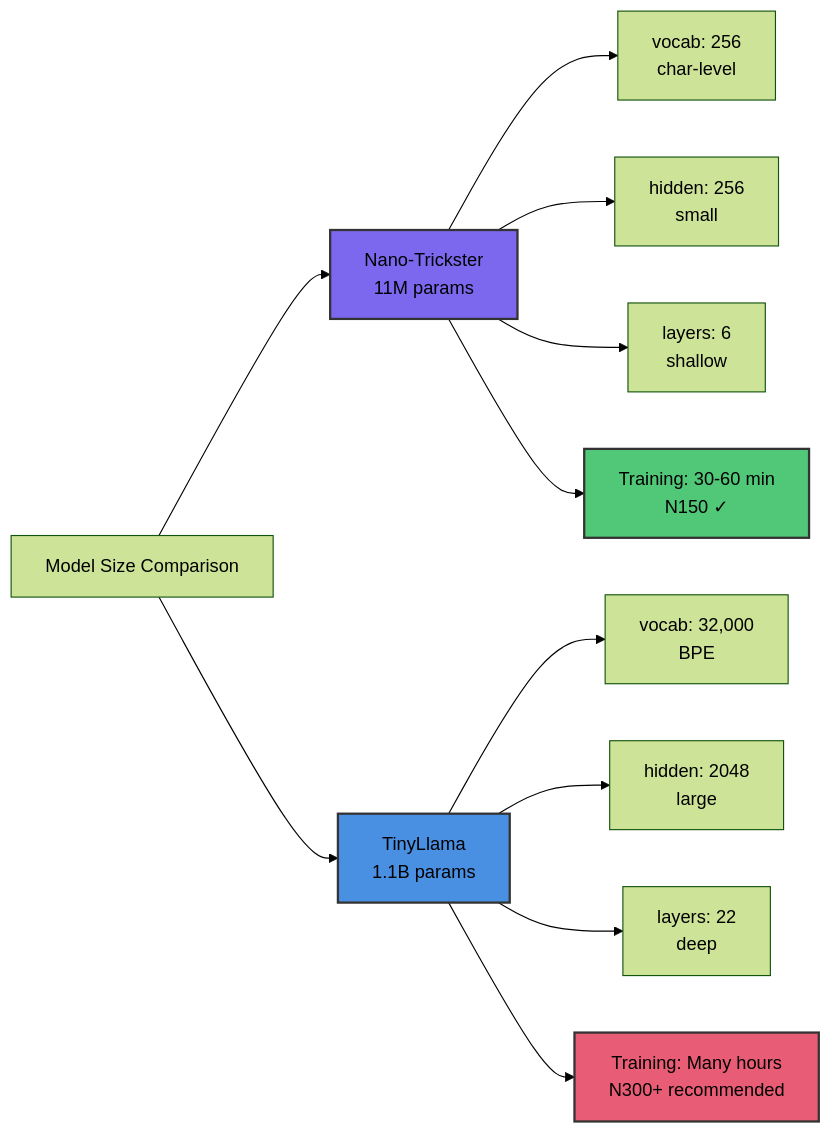
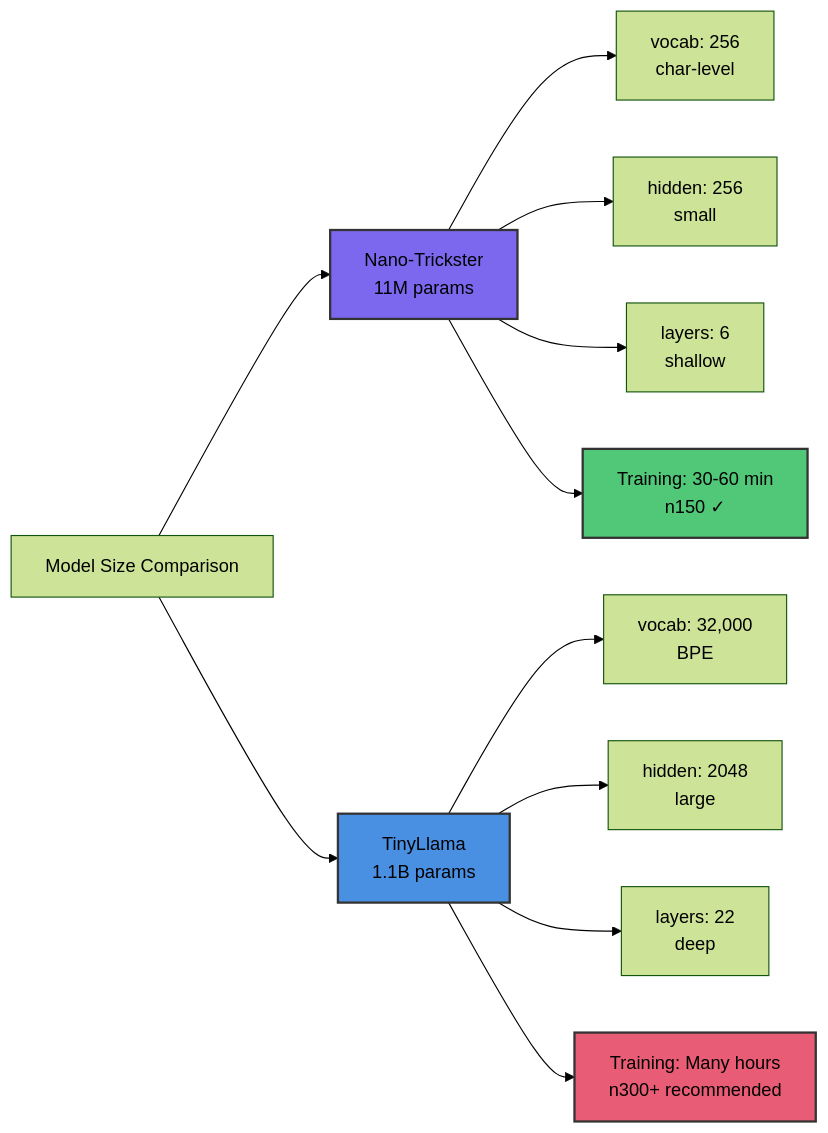
Before and after one commit to tenstorrent/tt-vscode-toolkit: the eighth of 13 diagrams in content/lessons/ct7-architecture-basics.md, drawn with Mermaid (forest theme). The commit also changed other lines of this file and 139 other files, not shown here.

````diff
--- a/content/lessons/ct7-architecture-basics.md
+++ b/content/lessons/ct7-architecture-basics.md
@@ -521,20 +521,20 @@
 ```mermaid
 graph LR
     A[Model Size Comparison] --> B[Nano-Trickster<br/>11M params]
     A --> C[TinyLlama<br/>1.1B params]
 
     B --> B1[vocab: 256<br/>char-level]
     B --> B2[hidden: 256<br/>small]
     B --> B3[layers: 6<br/>shallow]
-    B --> B4[Training: 30-60 min<br/>N150 ✓]
+    B --> B4[Training: 30-60 min<br/>n150 ✓]
 
     C --> C1[vocab: 32,000<br/>BPE]
     C --> C2[hidden: 2048<br/>large]
     C --> C3[layers: 22<br/>deep]
-    C --> C4[Training: Many hours<br/>N300+ recommended]
+    C --> C4[Training: Many hours<br/>n300+ recommended]
 
     style B fill:#7B68EE,stroke:#333,stroke-width:2px
     style C fill:#4A90E2,stroke:#333,stroke-width:2px
     style B4 fill:#50C878,stroke:#333,stroke-width:2px
     style C4 fill:#E85D75,stroke:#333,stroke-width:2px
 ```
````
